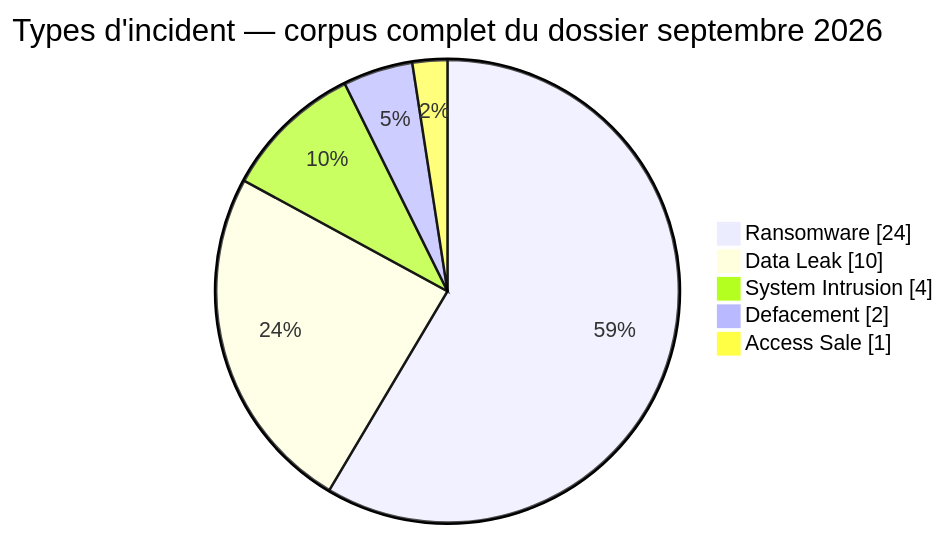
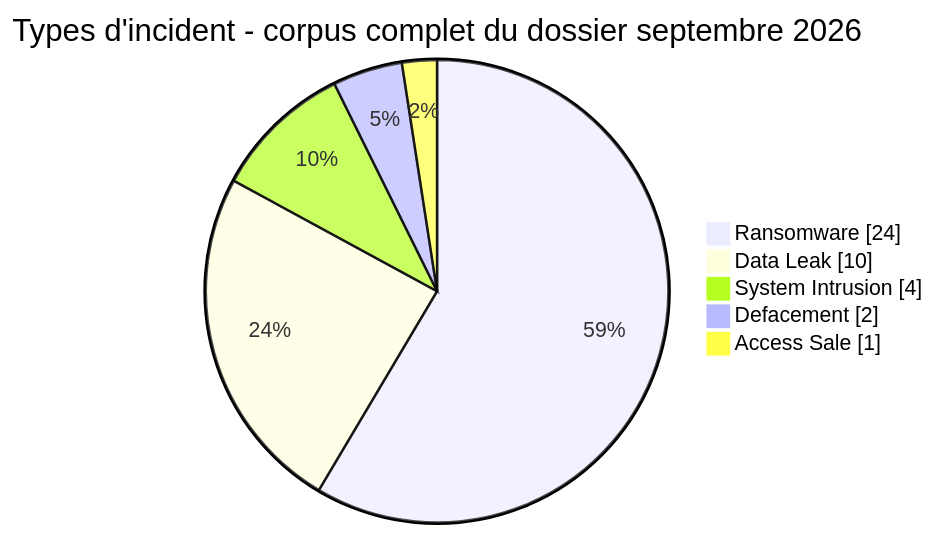
Before and after one commit to Hatchepsoute/AFRINTEL: the second of 10 diagrams in CyberAttackAfrica/2026/09-september/README_FR.md, drawn with Mermaid. The commit also changed other lines of this file and 35 other files, not shown here.

````diff
--- a/CyberAttackAfrica/2026/09-september/README_FR.md
+++ b/CyberAttackAfrica/2026/09-september/README_FR.md
@@ -91,9 +91,9 @@
 ```mermaid
 pie showData
-    title Types d'incident — corpus complet du dossier septembre 2026
+    title Types d'incident  -  corpus complet du dossier septembre 2026
     "Ransomware" : 24
     "Data Leak" : 10
     "System Intrusion" : 4
     "Defacement" : 2
     "Access Sale" : 1
 ```
````
